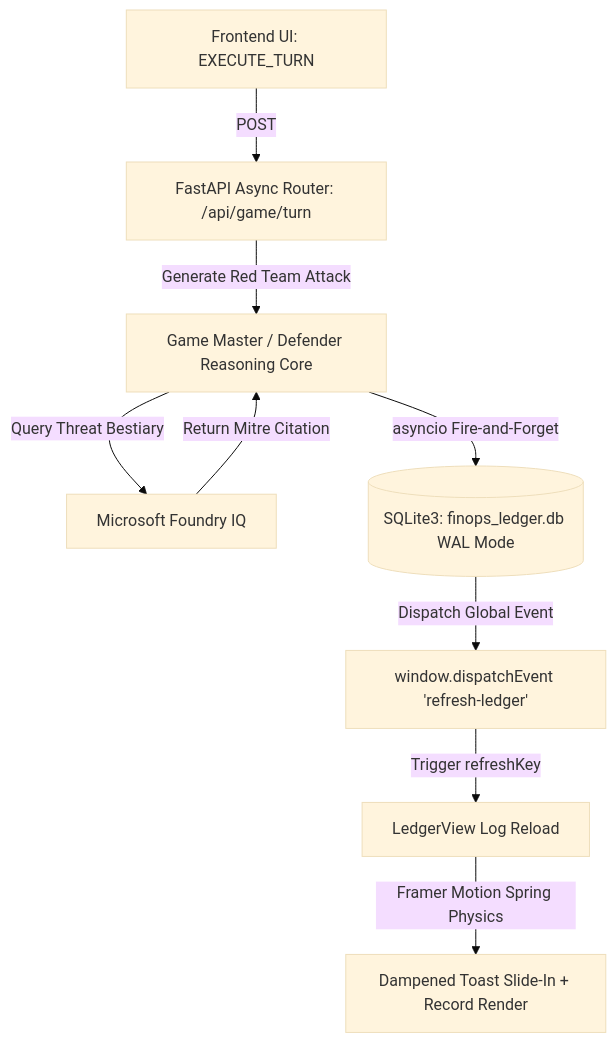
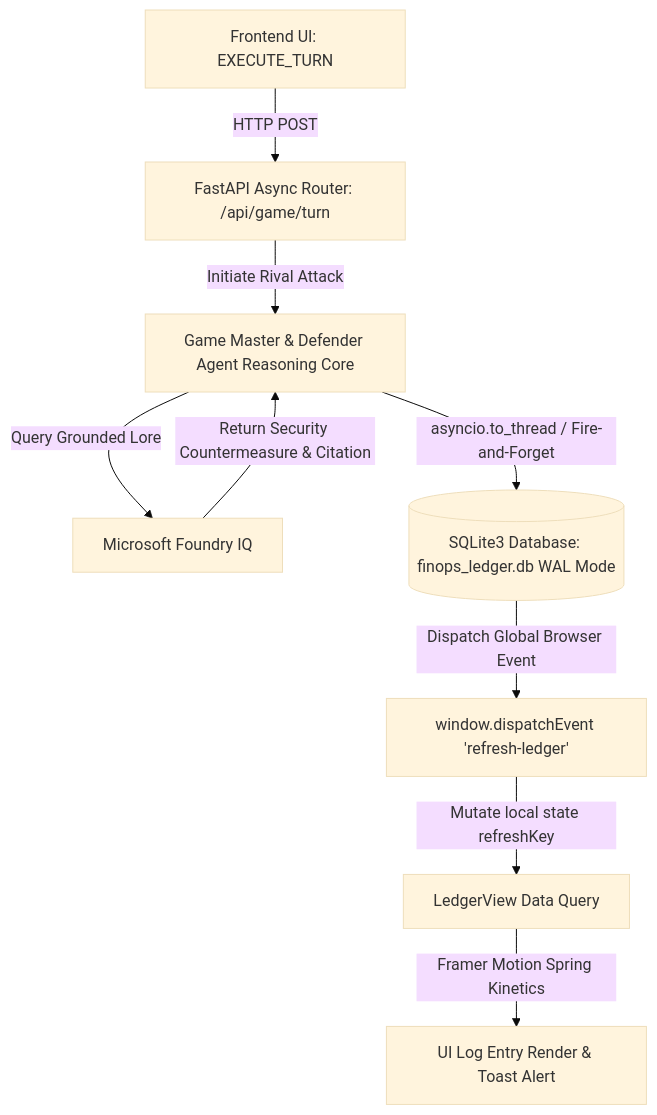
The diagram in README.md (HsiangyuLan/aegis-v2-gateway), drawn with Mermaid (base theme) before and after one commit. The commit also changed other lines of this file, not shown here.

````diff
--- a/README.md
+++ b/README.md
@@ -23,11 +42,11 @@
 ```mermaid
 graph TD
-    A[Frontend UI: EXECUTE_TURN] -- POST --> B[FastAPI Async Router: /api/game/turn]
-    B -- Generate Red Team Attack --> C[Game Master / Defender Reasoning Core]
-    C -- Query Threat Bestiary --> D[Microsoft Foundry IQ]
-    D -- Return Mitre Citation --> C
-    C -- asyncio Fire-and-Forget --> E[(SQLite3: finops_ledger.db WAL Mode)]
-    E -- Dispatch Global Event --> F[window.dispatchEvent 'refresh-ledger']
-    F -- Trigger refreshKey --> G[LedgerView Log Reload]
-    G -- Framer Motion Spring Physics --> H[Dampened Toast Slide-In + Record Render]
+    A[Frontend UI: EXECUTE_TURN] -- HTTP POST --> B[FastAPI Async Router: /api/game/turn]
+    B -- Initiate Rival Attack --> C[Game Master & Defender Agent Reasoning Core]
+    C -- Query Grounded Lore --> D[Microsoft Foundry IQ]
+    D -- Return Security Countermeasure & Citation --> C
+    C -- asyncio.to_thread / Fire-and-Forget --> E[(SQLite3 Database: finops_ledger.db WAL Mode)]
+    E -- Dispatch Global Browser Event --> F[window.dispatchEvent 'refresh-ledger']
+    F -- Mutate local state refreshKey --> G[LedgerView Data Query]
+    G -- Framer Motion Spring Kinetics --> H[UI Log Entry Render & Toast Alert]
 ```
````
